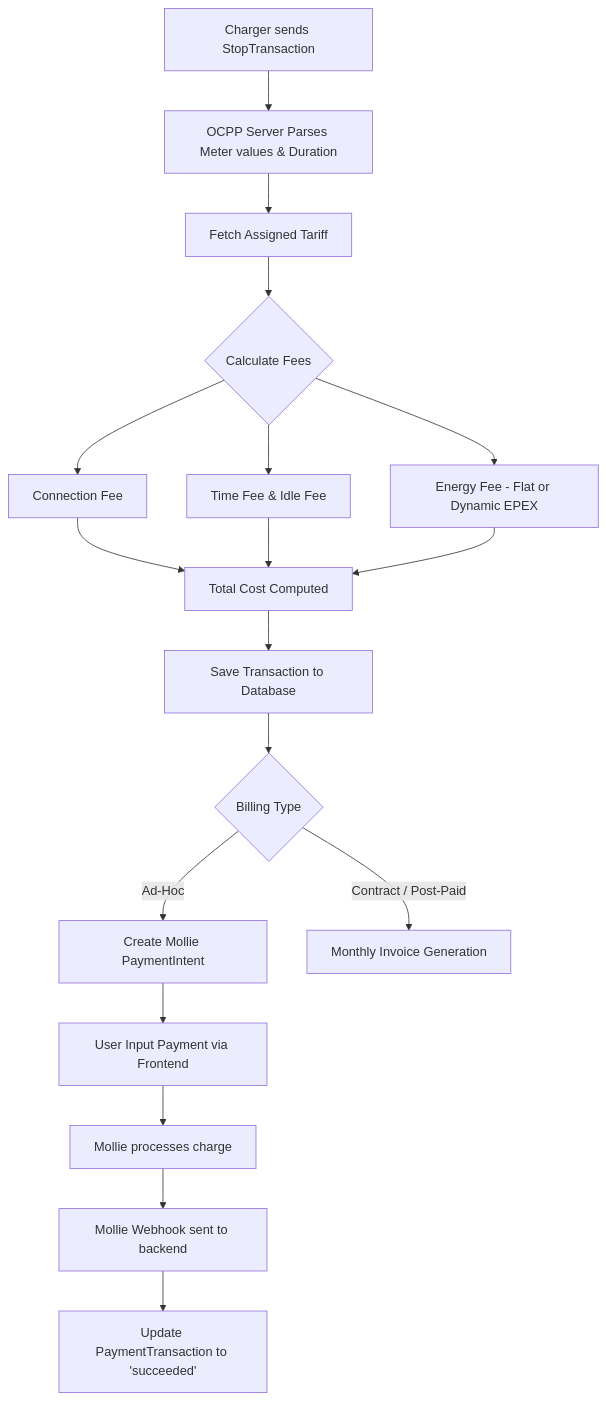
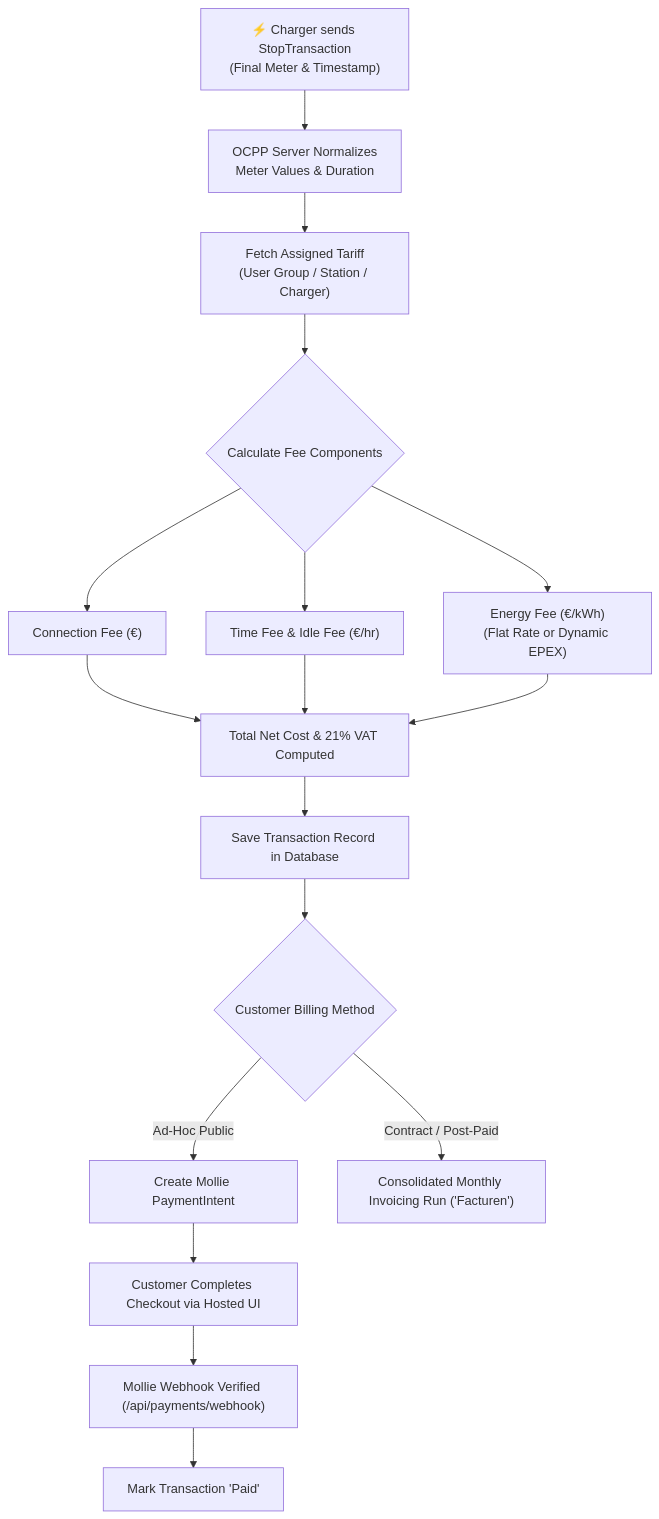
The first of 3 diagrams in Manual/financial_roaming_manual.md (webdotpulse/GRID-OCPP-CPMS), drawn with Mermaid before and after one commit. The commit also changed other lines of this file and 8 other files, not shown here.

Commit message:
docs: improve advanced smart charging and V2G technical documentation with detailed diagrams and flowcharts

````diff
--- a/Manual/financial_roaming_manual.md
+++ b/Manual/financial_roaming_manual.md
@@ -11,18 +13,17 @@
 ```mermaid
-graph TD
-    A[Charger sends StopTransaction] --> B[OCPP Server Parses Meter values & Duration]
-    B --> C[Fetch Assigned Tariff]
-    C --> D{Calculate Fees}
-    D --> E[Connection Fee]
-    D --> F[Time Fee & Idle Fee]
-    D --> H[Energy Fee - Flat or Dynamic EPEX]
-    E & F & H --> I[Total Cost Computed]
-    I --> J[Save Transaction to Database]
-    J --> K{Billing Type}
-    K -- Ad-Hoc --> L[Create Mollie PaymentIntent]
-    L --> M[User Input Payment via Frontend]
-    M --> N[Mollie processes charge]
-    N --> O[Mollie Webhook sent to backend]
-    O --> P[Update PaymentTransaction to 'succeeded']
-    K -- Contract / Post-Paid --> Q[Monthly Invoice Generation]
+flowchart TD
+    A["⚡ Charger sends StopTransaction\n(Final Meter & Timestamp)"] --> B["OCPP Server Normalizes\nMeter Values & Duration"]
+    B --> C["Fetch Assigned Tariff\n(User Group / Station / Charger)"]
+    C --> D{"Calculate Fee Components"}
+    D --> E["Connection Fee (€)"]
+    D --> F["Time Fee & Idle Fee (€/hr)"]
+    D --> H["Energy Fee (€/kWh)\n(Flat Rate or Dynamic EPEX)"]
+    E & F & H --> I["Total Net Cost & 21% VAT Computed"]
+    I --> J["Save Transaction Record in Database"]
+    J --> K{"Customer Billing Method"}
+    K -- Ad-Hoc Public --> L["Create Mollie PaymentIntent"]
+    L --> M["Customer Completes Checkout via Hosted UI"]
+    M --> N["Mollie Webhook Verified (/api/payments/webhook)"]
+    N --> O["Mark Transaction 'Paid'"]
+    K -- Contract / Post-Paid --> Q["Consolidated Monthly Invoicing Run ('Facturen')"]
 ```
````
